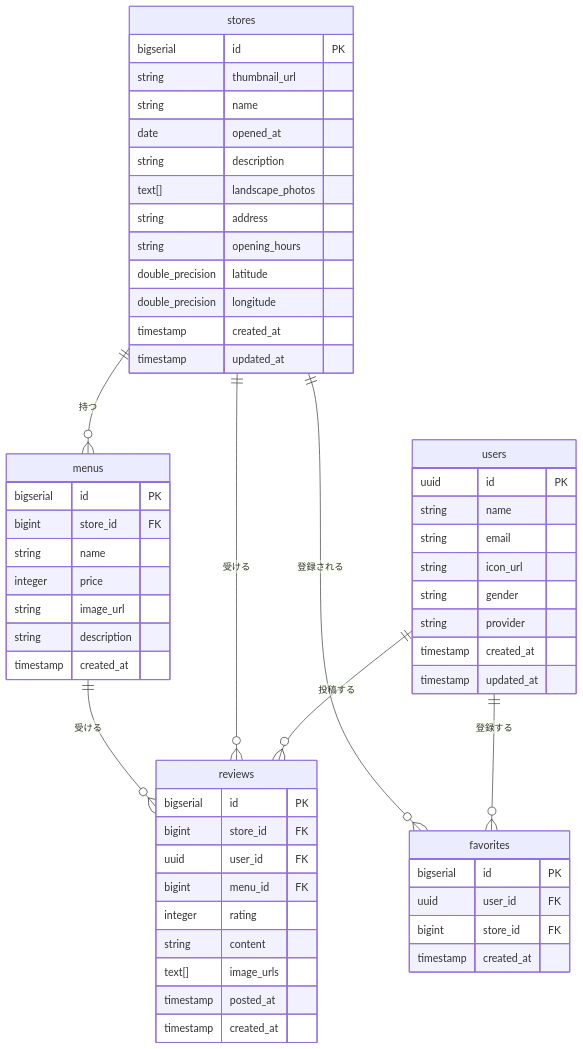
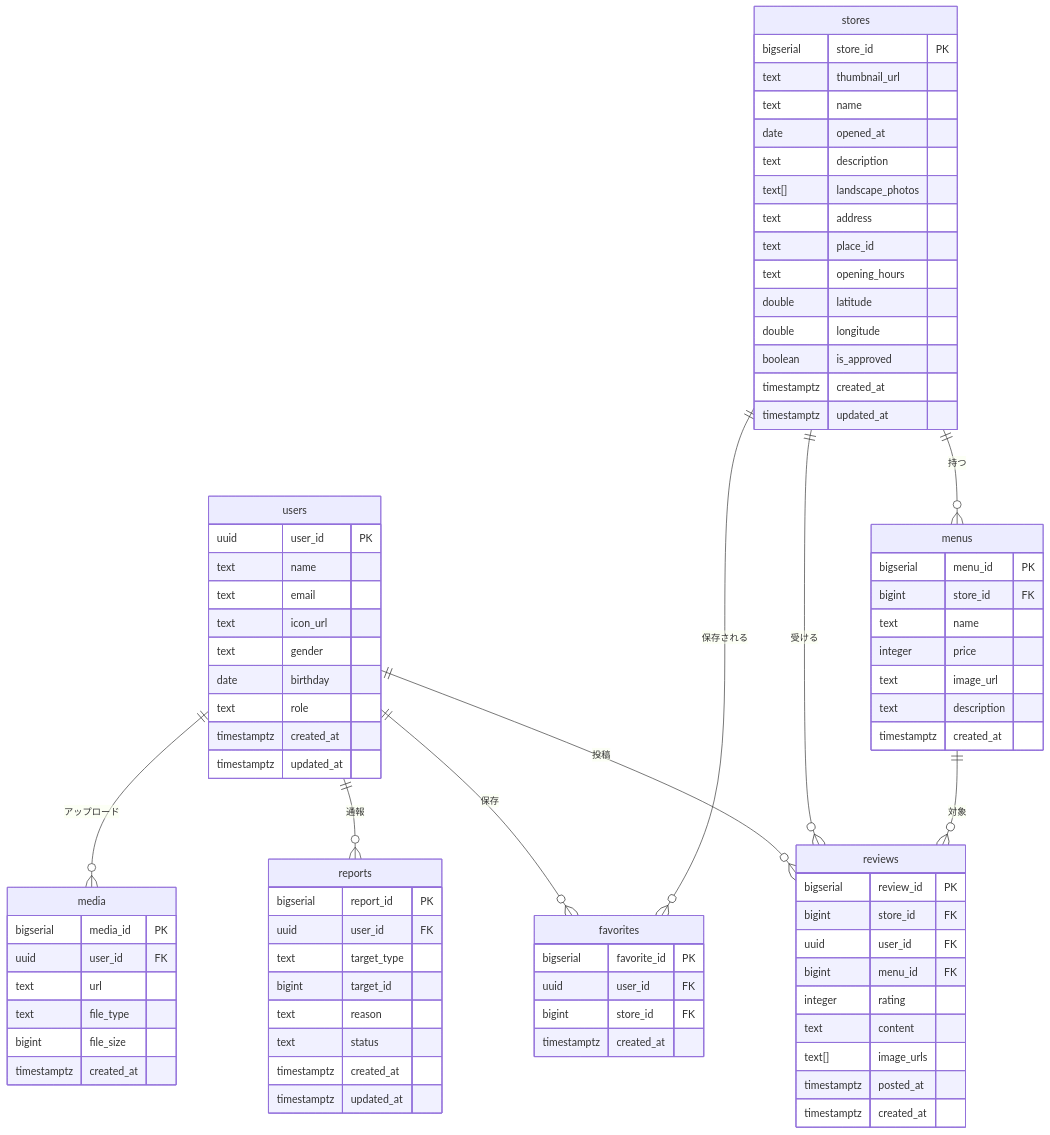
One commit to TeamH04/team-production changed the diagram in docs/DB設計書.md. Above: the diagram before and after it, drawn with Mermaid. The commit also changed other lines of this file and 8 other files, not shown here.

````diff
--- a/docs/DB設計書.md
+++ b/docs/DB設計書.md
@@ -95,64 +107,89 @@
 ```mermaid
 erDiagram
-    users ||--o{ reviews : "投稿する"
-    users ||--o{ favorites : "登録する"
+    users ||--o{ favorites : "保存"
+    users ||--o{ reviews : "投稿"
+    users ||--o{ reports : "通報"
+    users ||--o{ media : "アップロード"
+    stores ||--o{ menus : "持つ"
     stores ||--o{ reviews : "受ける"
-    stores ||--o{ favorites : "登録される"
-    stores ||--o{ menus : "持つ"
-    menus ||--o{ reviews : "受ける"
+    stores ||--o{ favorites : "保存される"
+    menus ||--o{ reviews : "対象"
 
     users {
-        uuid id PK
-        string name
-        string email
-        string icon_url
-        string gender
-        string provider
-        timestamp created_at
-        timestamp updated_at
+        uuid user_id PK
+        text name
+        text email
+        text icon_url
+        text gender
+        date birthday
+        text role
+        timestamptz created_at
+        timestamptz updated_at
     }
 
     stores {
-        bigserial id PK
-        string thumbnail_url
-        string name
+        bigserial store_id PK
+        text thumbnail_url
+        text name
         date opened_at
-        string description
+        text description
         text[] landscape_photos
-        string address
-        string opening_hours
-        double_precision latitude
-        double_precision longitude
-        timestamp created_at
-        timestamp updated_at
-    }
-
-    favorites {
-        bigserial id PK
-        uuid user_id FK
-        bigint store_id FK
-        timestamp created_at
+        text address
+        text place_id
+        text opening_hours
+        double latitude
+        double longitude
+        boolean is_approved
+        timestamptz created_at
+        timestamptz updated_at
     }
 
     menus {
-        bigserial id PK
+        bigserial menu_id PK
         bigint store_id FK
-        string name
+        text name
         integer price
-        string image_url
-        string description
-        timestamp created_at
+        text image_url
+        text description
+        timestamptz created_at
     }
 
     reviews {
-        bigserial id PK
+        bigserial review_id PK
         bigint store_id FK
         uuid user_id FK
         bigint menu_id FK
         integer rating
-        string content
+        text content
         text[] image_urls
-        timestamp posted_at
-        timestamp created_at
+        timestamptz posted_at
+        timestamptz created_at
+    }
+
+    favorites {
+        bigserial favorite_id PK
+        uuid user_id FK
+        bigint store_id FK
+        timestamptz created_at
+    }
+
+    reports {
+        bigserial report_id PK
+        uuid user_id FK
+        text target_type
+        bigint target_id
+        text reason
+        text status
+        timestamptz created_at
+        timestamptz updated_at
+    }
+
+    media {
+        bigserial media_id PK
+        uuid user_id FK
+        text url
+        text file_type
+        bigint file_size
+        timestamptz created_at
     }
 ```
````
